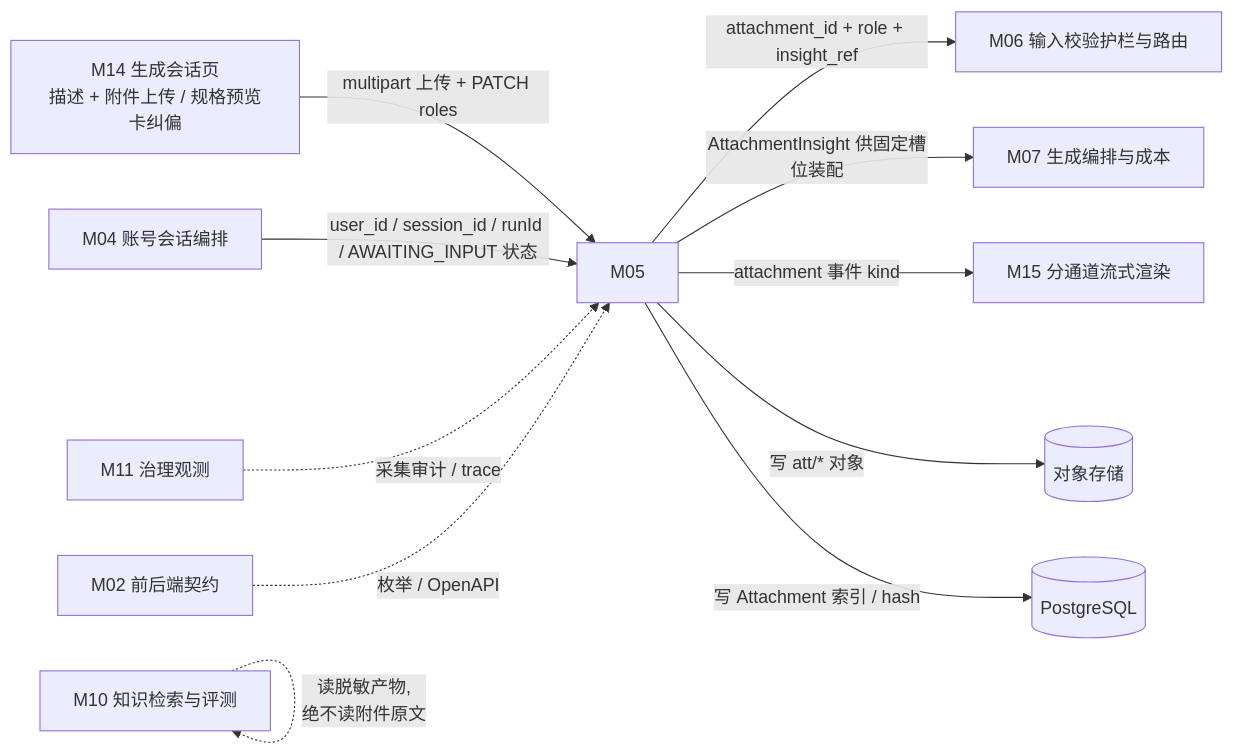
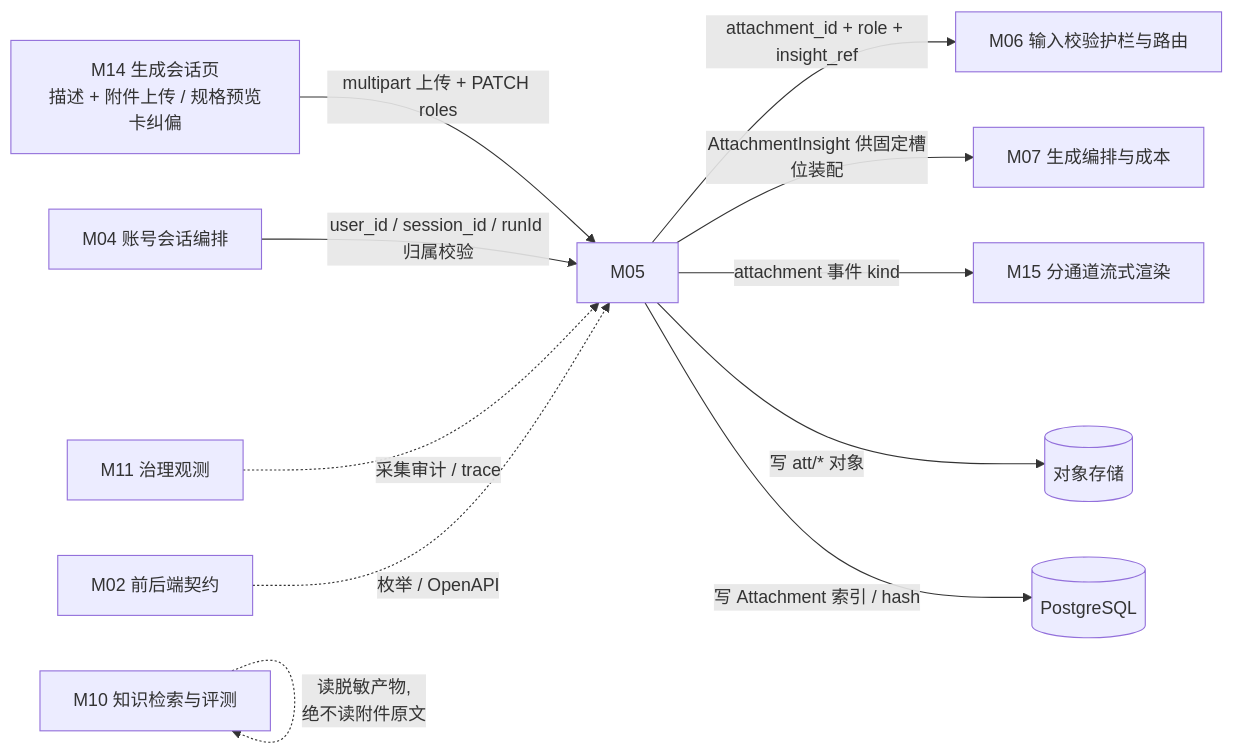
Before and after one commit to sao-lang/widget-pilot: the first of 3 diagrams in docs/modules/M05-附件处理域.md, drawn with Mermaid. The commit also changed other lines of this file and 19 other files, not shown here.

````diff
--- a/docs/modules/M05-附件处理域.md
+++ b/docs/modules/M05-附件处理域.md
@@ -50,13 +50,13 @@
 ```mermaid
 flowchart LR
   M14["M14 生成会话页<br/>描述 + 附件上传 / 规格预览卡纠偏"] -->|multipart 上传 + PATCH roles| M05
-  M04["M04 账号会话编排"] -->|user_id / session_id / runId / AWAITING_INPUT 状态| M05
+  M04["M04 账号会话编排"] -->|user_id / session_id / runId 归属校验| M05
   M05 -->|attachment_id + role + insight_ref| M06["M06 输入校验护栏与路由"]
   M05 -->|AttachmentInsight 供固定槽位装配| M07["M07 生成编排与成本"]
   M05 -->|attachment 事件 kind| M15["M15 分通道流式渲染"]
   M05 -->|写 att/* 对象| OBJ[("对象存储")]
   M05 -->|写 Attachment 索引 / hash| PG[("PostgreSQL")]
   M10["M10 知识检索与评测"] -.读脱敏产物,<br/>绝不读附件原文.-> M10
   M11["M11 治理观测"] -.采集审计 / trace.-> M05
   M02["M02 前后端契约"] -.枚举 / OpenAPI.-> M05
 ```
````
